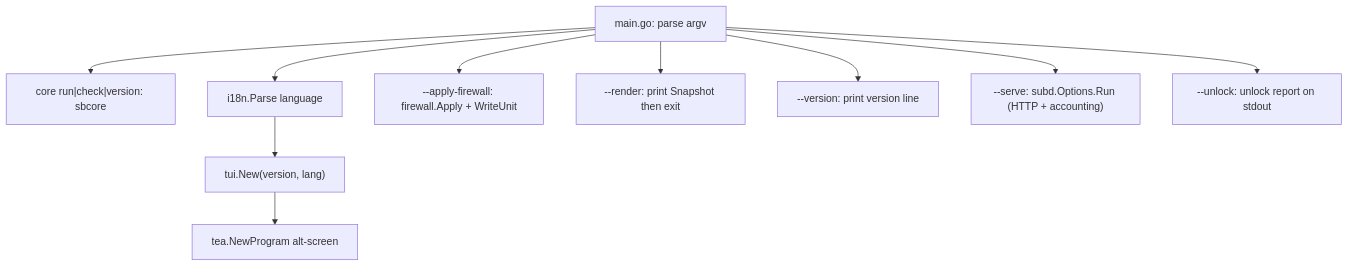
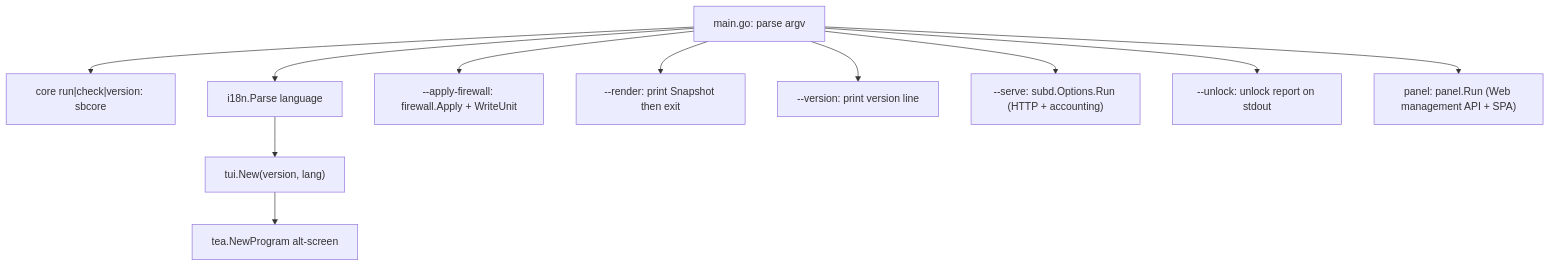
Before and after one commit to ApexTeer/ApexTeer: the diagram in docs/architecture.md, drawn with Mermaid. The commit also changed other lines of this file and 51 other files, not shown here.

First line of the commit message:
feat(panel): add web management panel

````diff
--- a/docs/architecture.md
+++ b/docs/architecture.md
@@ -182,12 +186,13 @@
 ```mermaid
 graph TD
     A["main.go: parse argv"] --> N["core run|check|version: sbcore"]
     A --> B["i18n.Parse language"]
     B --> C["tui.New(version, lang)"]
     C --> D["tea.NewProgram alt-screen"]
     A --> E["--apply-firewall: firewall.Apply + WriteUnit"]
     A --> F["--render: print Snapshot then exit"]
     A --> G["--version: print version line"]
     A --> H["--serve: subd.Options.Run (HTTP + accounting)"]
     A --> I["--unlock: unlock report on stdout"]
+    A --> J["panel: panel.Run (Web management API + SPA)"]
 ```
````
